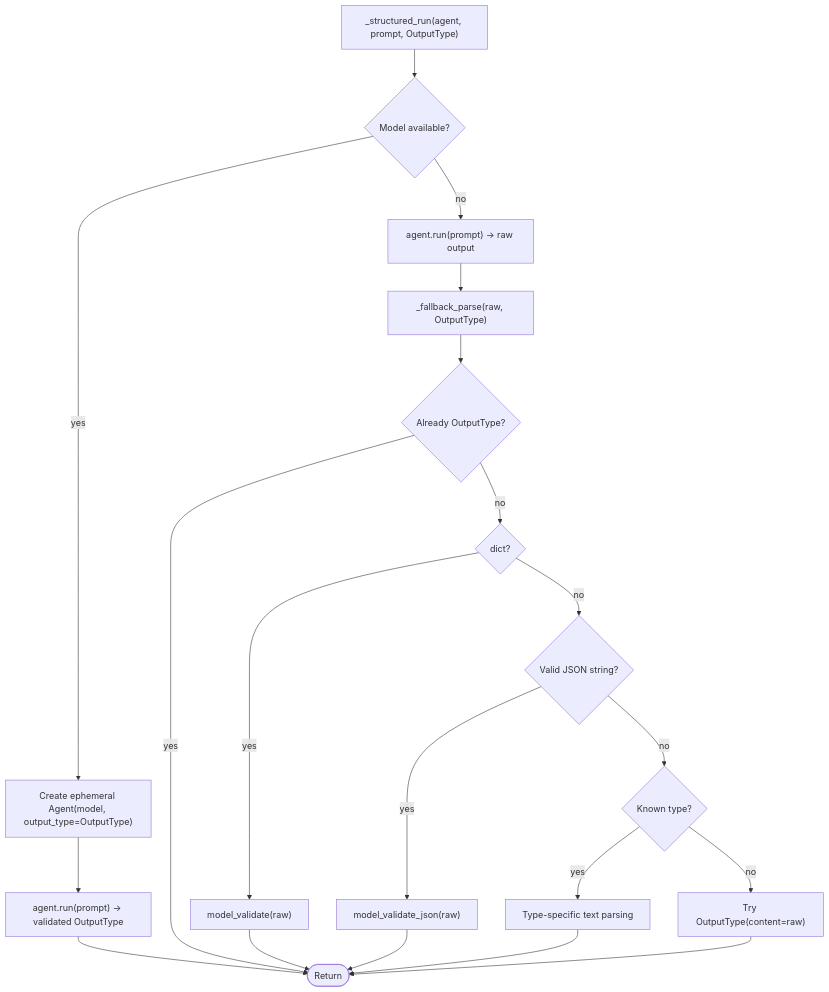
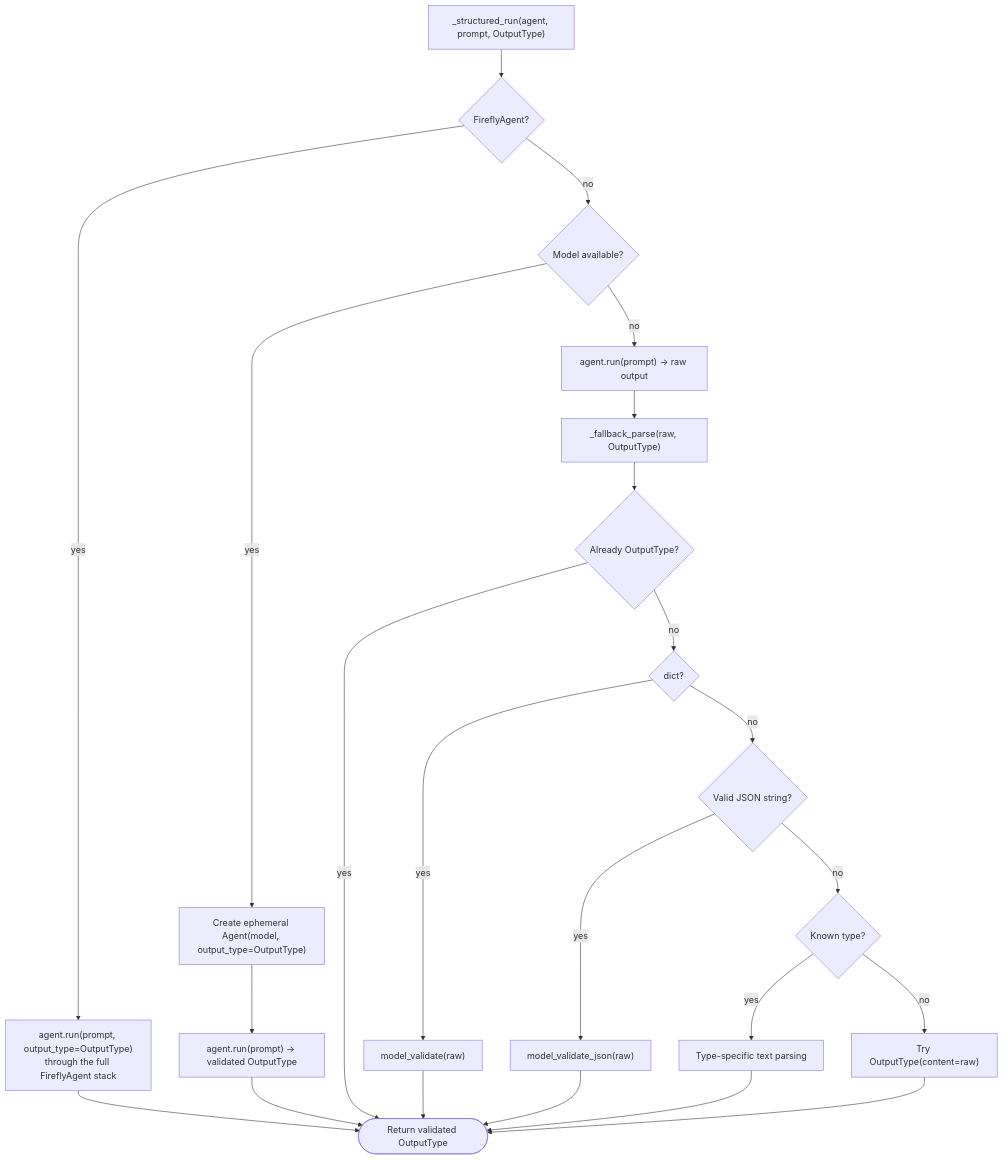
One commit to fireflyframework/fireflyframework-agentic changed the third of 12 diagrams in docs/reasoning.md. Above: the diagram before and after it, drawn with Mermaid. The commit also changed other lines of this file and 15 other files, not shown here.

````diff
--- a/docs/reasoning.md
+++ b/docs/reasoning.md
@@ -125,22 +125,25 @@
 ```mermaid
 flowchart TD
-    CALL["_structured_run(agent, prompt, OutputType)"] --> RESOLVE{Model available?}
+    CALL["_structured_run(agent, prompt, OutputType)"] --> ISFF{FireflyAgent?}
+    ISFF -->|yes| THRU["agent.run(prompt, output_type=OutputType)<br/>through the full FireflyAgent stack"]
+    THRU --> DONE([Return validated OutputType])
+    ISFF -->|no| RESOLVE{Model available?}
     RESOLVE -->|yes| EPHEMERAL["Create ephemeral Agent(model, output_type=OutputType)"]
     EPHEMERAL --> RUN_E["agent.run(prompt) → validated OutputType"]
     RESOLVE -->|no| FALLBACK["agent.run(prompt) → raw output"]
     FALLBACK --> PARSE["_fallback_parse(raw, OutputType)"]
     PARSE --> IS_TYPE{Already OutputType?}
-    IS_TYPE -->|yes| DONE([Return])
+    IS_TYPE -->|yes| DONE
     IS_TYPE -->|no| IS_DICT{dict?}
     IS_DICT -->|yes| VALIDATE["model_validate(raw)"]
     IS_DICT -->|no| IS_JSON{Valid JSON string?}
     IS_JSON -->|yes| VALIDATE_JSON["model_validate_json(raw)"]
     IS_JSON -->|no| SPECIFIC{Known type?}
     SPECIFIC -->|yes| TYPE_FALLBACK[Type-specific text parsing]
     SPECIFIC -->|no| CONTENT["Try OutputType(content=raw)"]
     TYPE_FALLBACK --> DONE
     VALIDATE --> DONE
     VALIDATE_JSON --> DONE
     RUN_E --> DONE
     CONTENT --> DONE
 ```
````
